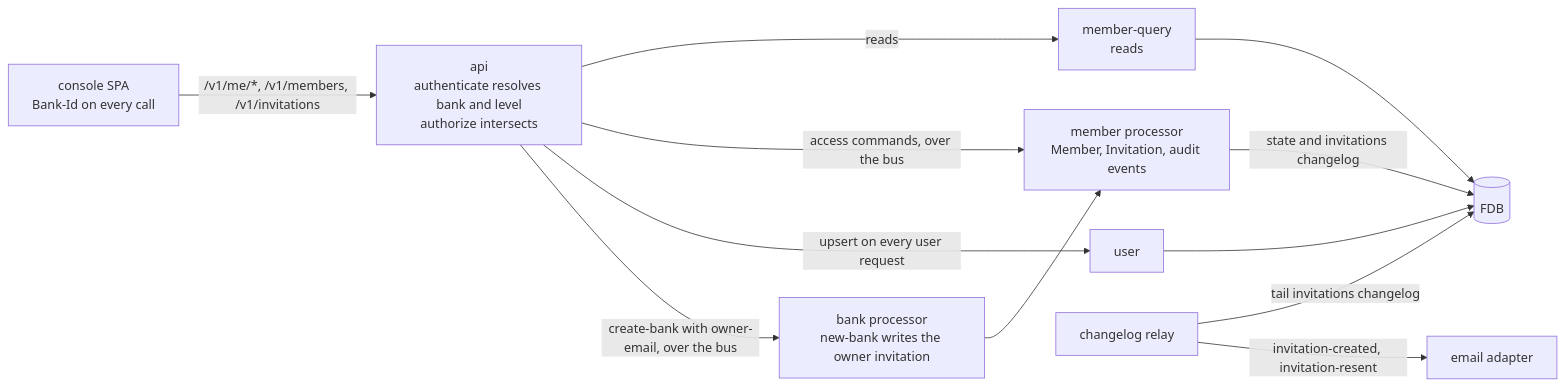
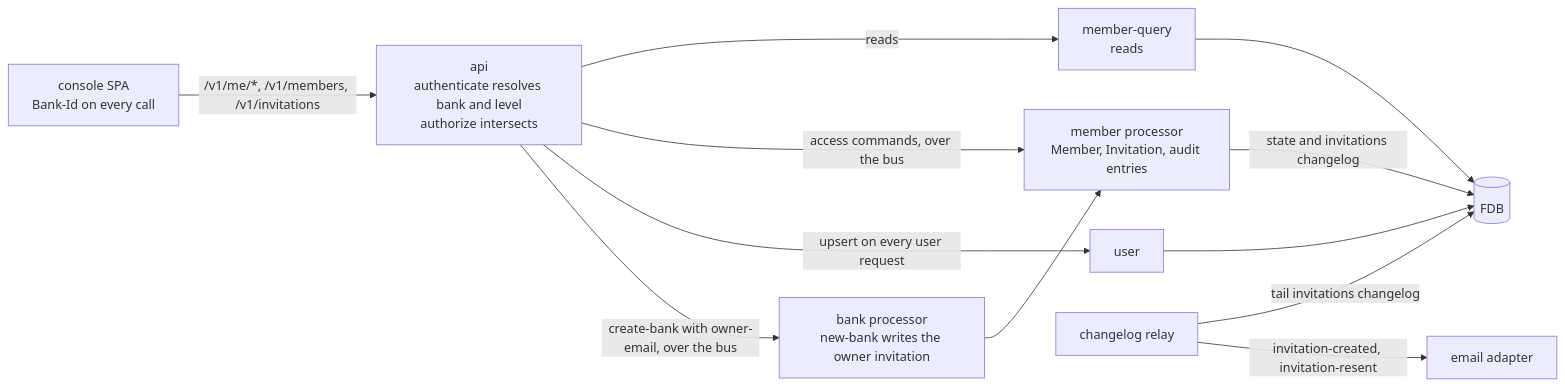
The diagram in docs/tdd/members.md (repldriven/queenswood), drawn with Mermaid before and after one commit. The commit also changed other lines of this file and 67 other files, not shown here.

First line of the commit message:
Call the bank's audit log a log of entries, and its actors by their kind

````diff
--- a/docs/tdd/members.md
+++ b/docs/tdd/members.md
@@ -314,24 +314,24 @@
 ```mermaid
 graph LR
     SPA["console SPA<br/>Bank-Id on every call"]
     API["api<br/>authenticate resolves bank and level<br/>authorize intersects"]
     BQ["member-query<br/>reads"]
-    BM["member processor<br/>Member, Invitation, audit events"]
+    BM["member processor<br/>Member, Invitation, audit entries"]
     BU["user"]
     BB["bank processor<br/>new-bank writes the owner invitation"]
     RL["changelog relay"]
     EM["email adapter"]
     FDB[("FDB")]
 
     SPA -->|"/v1/me/*, /v1/members, /v1/invitations"| API
     API -->|"reads"| BQ
     API -->|"access commands, over the bus"| BM
     API -->|"upsert on every user request"| BU
     API -->|"create-bank with owner-email, over the bus"| BB
     BB --> BM
     BM -->|"state and invitations changelog"| FDB
     RL -->|"tail invitations changelog"| FDB
     RL -->|"invitation-created, invitation-resent"| EM
     BQ --> FDB
     BU --> FDB
 ```
````
